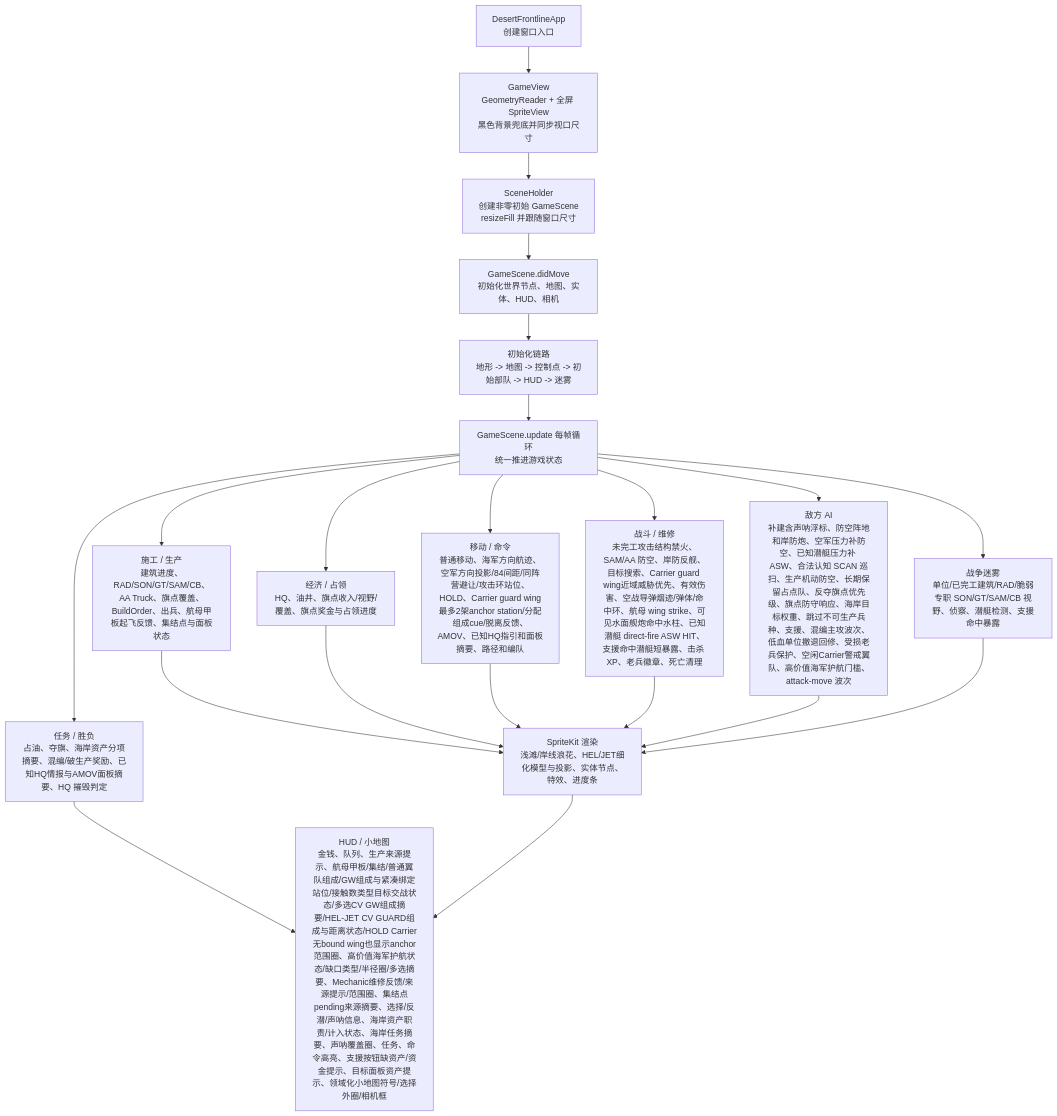
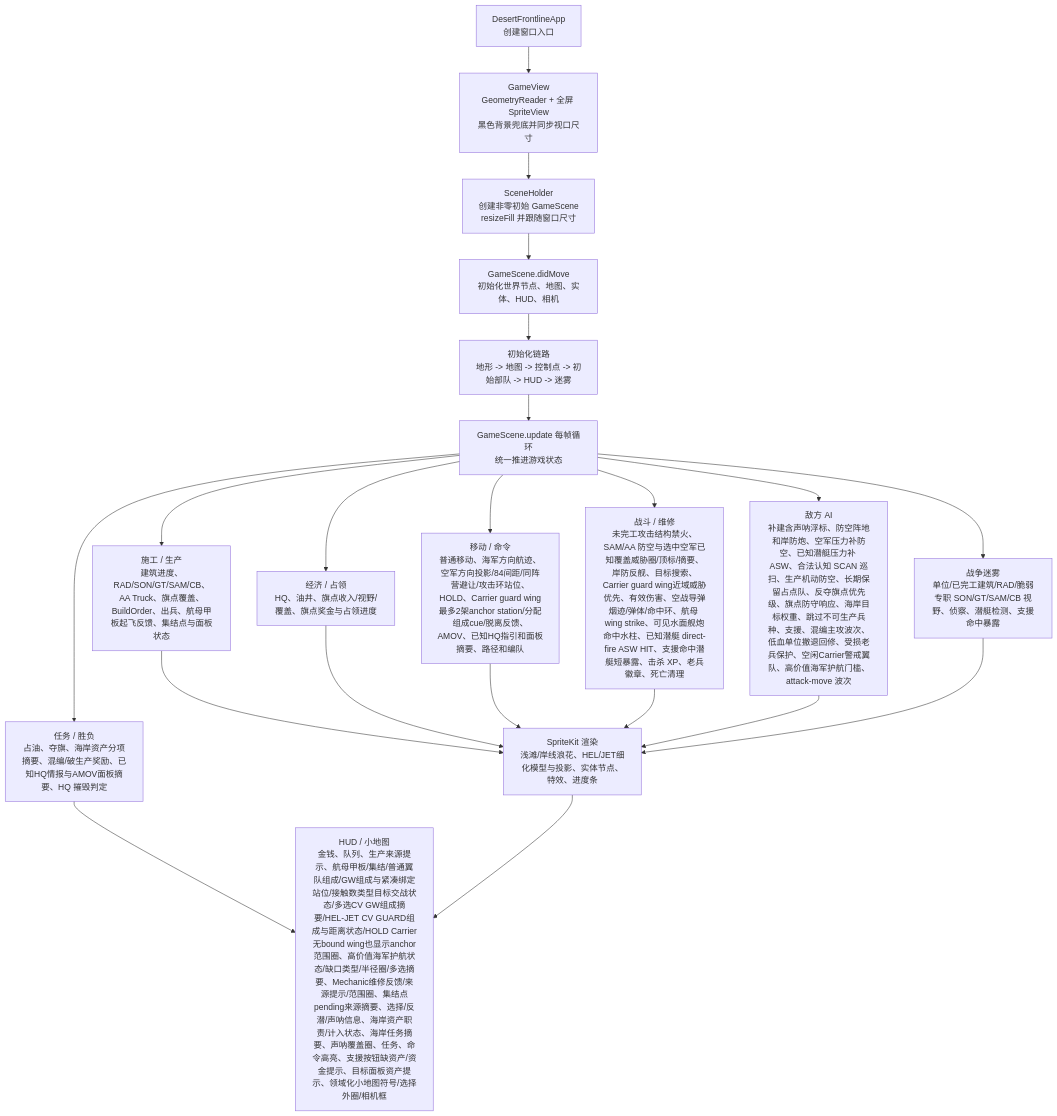
One commit to Altman-sam114/1145 changed the first of 3 diagrams in md/flow/flowchart.md. Above: the diagram before and after it, drawn with Mermaid. The commit also changed 5 other files, not shown here.

````diff
--- a/md/flow/flowchart.md
+++ b/md/flow/flowchart.md
@@ -9,23 +9,23 @@
 ```mermaid
 flowchart TD
   App["DesertFrontlineApp\n创建窗口入口"] --> View["GameView\nGeometryReader + 全屏 SpriteView\n黑色背景兜底并同步视口尺寸"]
   View --> Holder["SceneHolder\n创建非零初始 GameScene\nresizeFill 并跟随窗口尺寸"]
   Holder --> Scene["GameScene.didMove\n初始化世界节点、地图、实体、HUD、相机"]
   Scene --> Init["初始化链路\n地形 -> 地图 -> 控制点 -> 初始部队 -> HUD -> 迷雾"]
   Init --> Loop["GameScene.update 每帧循环\n统一推进游戏状态"]
   Loop --> Build["施工 / 生产\n建筑进度、RAD/SON/GT/SAM/CB、AA Truck、旗点覆盖、BuildOrder、出兵、航母甲板起飞反馈、集结点与面板状态"]
   Loop --> Economy["经济 / 占领\nHQ、油井、旗点收入/视野/覆盖、旗点奖金与占领进度"]
   Loop --> Commands["移动 / 命令\n普通移动、海军方向航迹、空军方向投影/84间距/同阵营避让/攻击环站位、HOLD、Carrier guard wing最多2架anchor station/分配组成cue/脱离反馈、AMOV、已知HQ指引和面板摘要、路径和编队"]
-  Loop --> Combat["战斗 / 维修\n未完工攻击结构禁火、SAM/AA 防空、岸防反舰、目标搜索、Carrier guard wing近域威胁优先、有效伤害、空战导弹烟迹/弹体/命中环、航母 wing strike、可见水面舰炮命中水柱、已知潜艇 direct-fire ASW HIT、支援命中潜艇短暴露、击杀 XP、老兵徽章、死亡清理"]
+  Loop --> Combat["战斗 / 维修\n未完工攻击结构禁火、SAM/AA 防空与选中空军已知覆盖威胁圈/顶标/摘要、岸防反舰、目标搜索、Carrier guard wing近域威胁优先、有效伤害、空战导弹烟迹/弹体/命中环、航母 wing strike、可见水面舰炮命中水柱、已知潜艇 direct-fire ASW HIT、支援命中潜艇短暴露、击杀 XP、老兵徽章、死亡清理"]
   Loop --> AI["敌方 AI\n补建含声呐浮标、防空阵地和岸防炮、空军压力补防空、已知潜艇压力补 ASW、合法认知 SCAN 巡扫、生产机动防空、长期保留占点队、反夺旗点优先级、旗点防守响应、海岸目标权重、跳过不可生产兵种、支援、混编主攻波次、低血单位撤退回修、受损老兵保护、空闲Carrier警戒翼队、高价值海军护航门槛、attack-move 波次"]
   Loop --> Fog["战争迷雾\n单位/已完工建筑/RAD/脆弱专职 SON/GT/SAM/CB 视野、侦察、潜艇检测、支援命中暴露"]
   Loop --> Mission["任务 / 胜负\n占油、夺旗、海岸资产分项摘要、混编/破生产奖励、已知HQ情报与AMOV面板摘要、HQ 摧毁判定"]
   Build --> Render["SpriteKit 渲染\n浅滩/岸线浪花、HEL/JET细化模型与投影、实体节点、特效、进度条"]
   Economy --> Render
   Commands --> Render
   Combat --> Render
   AI --> Render
   Fog --> Render
   Mission --> HUD["HUD / 小地图\n金钱、队列、生产来源提示、航母甲板/集结/普通翼队组成/GW组成与紧凑绑定站位/接触数类型目标交战状态/多选CV GW组成摘要/HEL-JET CV GUARD组成与距离状态/HOLD Carrier无bound wing也显示anchor范围圈、高价值海军护航状态/缺口类型/半径圈/多选摘要、Mechanic维修反馈/来源提示/范围圈、集结点pending来源摘要、选择/反潜/声呐信息、海岸资产职责/计入状态、海岸任务摘要、声呐覆盖圈、任务、命令高亮、支援按钮缺资产/资金提示、目标面板资产提示、领域化小地图符号/选择外圈/相机框"]
   Render --> HUD
 ```
````
